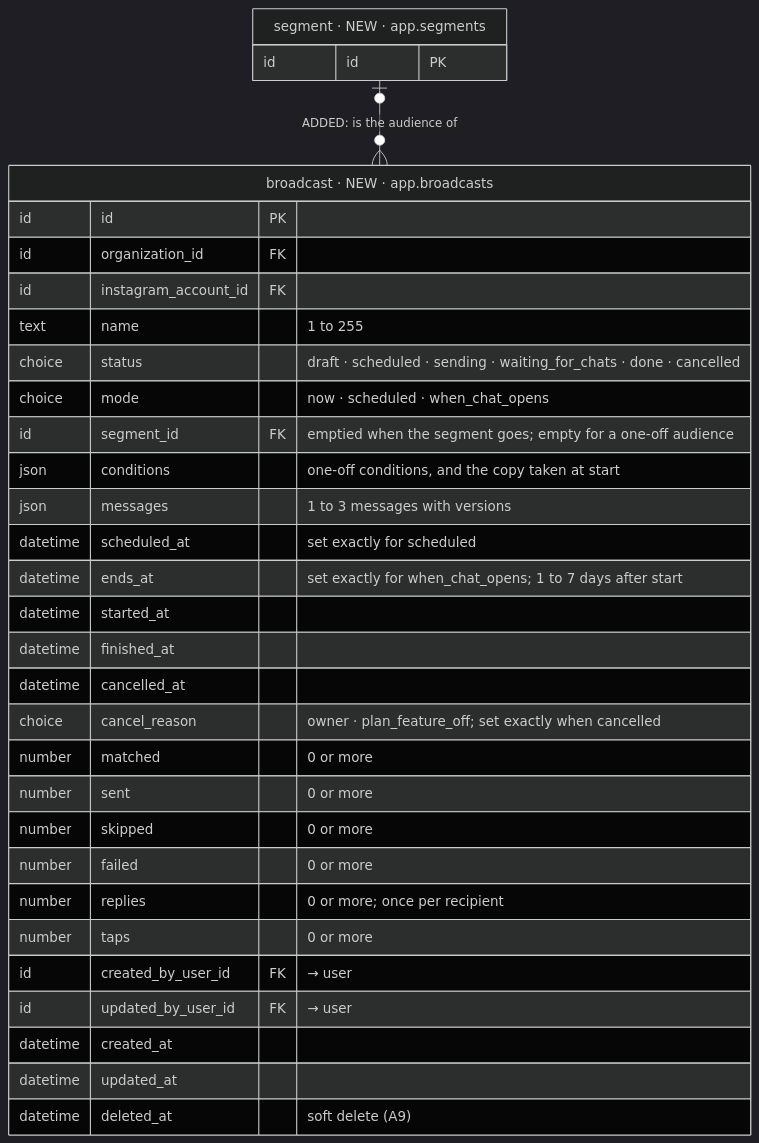
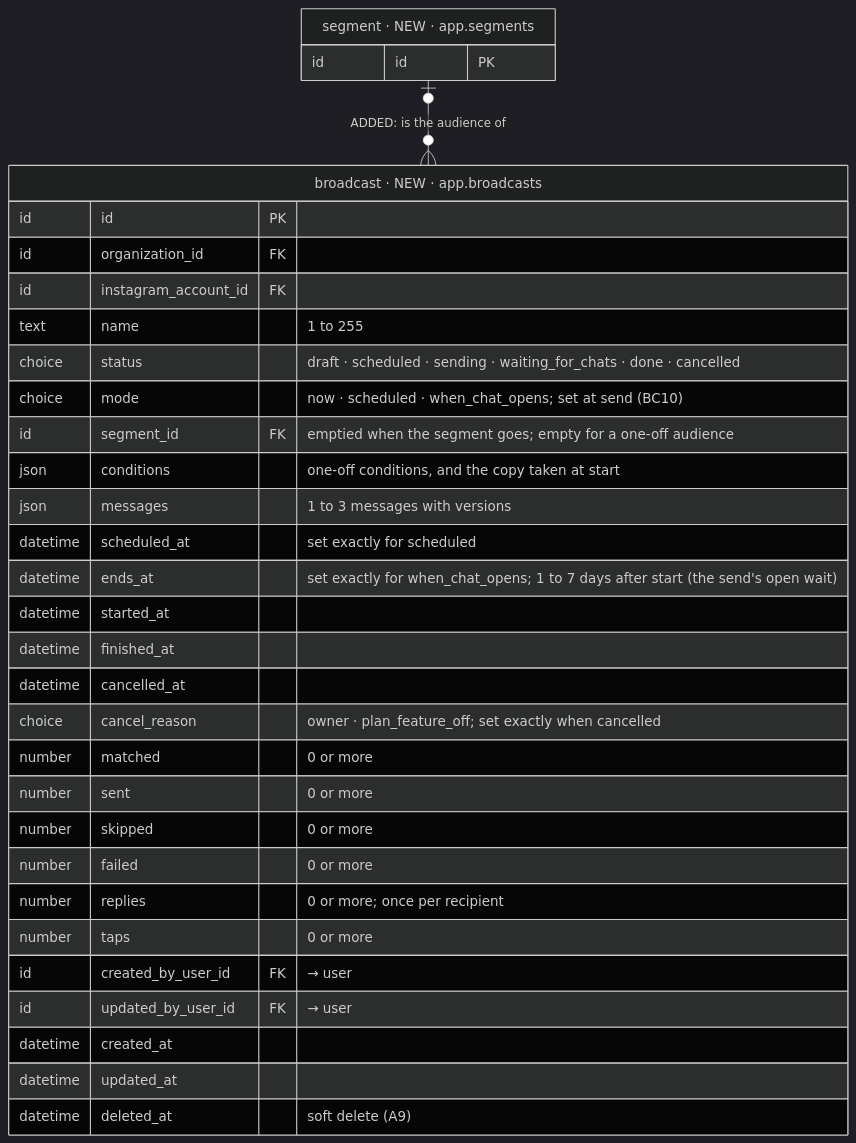
One commit to albetrios/meepzo-be changed diagram 20 of 39 in iterations/feat-instagram-dm-sending-2026-11-23-oxak/plans/db-changes.md. Above: the diagram before and after it, drawn with Mermaid (dark theme). The commit also changed other lines of this file and 2 other files, not shown here.

````diff
--- a/iterations/feat-instagram-dm-sending-2026-11-23-oxak/plans/db-changes.md
+++ b/iterations/feat-instagram-dm-sending-2026-11-23-oxak/plans/db-changes.md
@@ -924,35 +957,35 @@
 ```mermaid
 erDiagram
   broadcast["broadcast · NEW · app.broadcasts"] {
     id id PK
     id organization_id FK
     id instagram_account_id FK
     text name "1 to 255"
     choice status "draft · scheduled · sending · waiting_for_chats · done · cancelled"
-    choice mode "now · scheduled · when_chat_opens"
+    choice mode "now · scheduled · when_chat_opens; set at send (BC10)"
     id segment_id FK "emptied when the segment goes; empty for a one-off audience"
     json conditions "one-off conditions, and the copy taken at start"
     json messages "1 to 3 messages with versions"
     datetime scheduled_at "set exactly for scheduled"
-    datetime ends_at "set exactly for when_chat_opens; 1 to 7 days after start"
+    datetime ends_at "set exactly for when_chat_opens; 1 to 7 days after start (the send's open wait)"
     datetime started_at
     datetime finished_at
     datetime cancelled_at
     choice cancel_reason "owner · plan_feature_off; set exactly when cancelled"
     number matched "0 or more"
     number sent "0 or more"
     number skipped "0 or more"
     number failed "0 or more"
     number replies "0 or more; once per recipient"
     number taps "0 or more"
     id created_by_user_id FK "→ user"
     id updated_by_user_id FK "→ user"
     datetime created_at
     datetime updated_at
     datetime deleted_at "soft delete (A9)"
   }
   segment["segment · NEW · app.segments"] {
     id id PK
   }
   segment |o--o{ broadcast : "ADDED: is the audience of"
 ```
````
